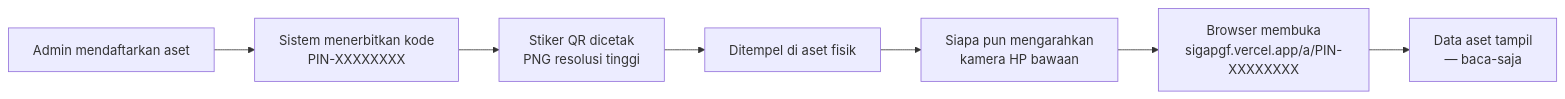
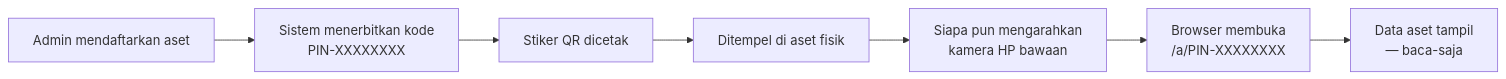
Before and after one commit to Muhammadizzi/Pinjamin-app: the second of 5 diagrams in MATERI-PRESENTASI-SIGAP.md, drawn with Mermaid. The commit also changed other lines of this file, not shown here.

````diff
--- a/MATERI-PRESENTASI-SIGAP.md
+++ b/MATERI-PRESENTASI-SIGAP.md
@@ -138,9 +120,9 @@
 ```mermaid
 flowchart LR
     A["Admin mendaftarkan aset"] --> B["Sistem menerbitkan kode<br/>PIN-XXXXXXXX"]
-    B --> C["Stiker QR dicetak<br/>PNG resolusi tinggi"]
+    B --> C["Stiker QR dicetak"]
     C --> D["Ditempel di aset fisik"]
     D --> E["Siapa pun mengarahkan<br/>kamera HP bawaan"]
-    E --> F["Browser membuka<br/>sigapgf.vercel.app/a/PIN-XXXXXXXX"]
+    E --> F["Browser membuka<br/>/a/PIN-XXXXXXXX"]
     F --> G["Data aset tampil<br/>— baca-saja"]
 ```
````
